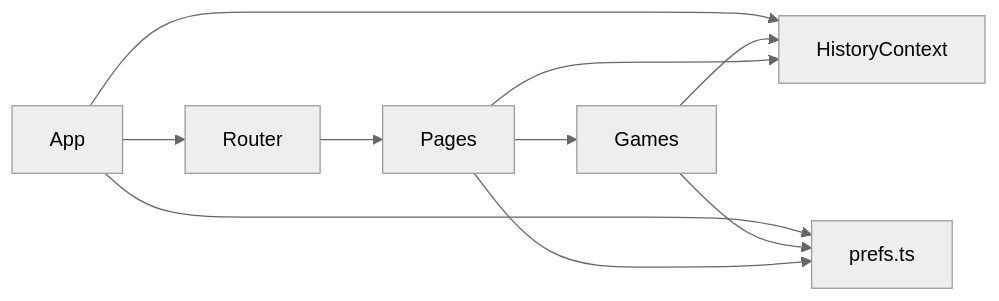
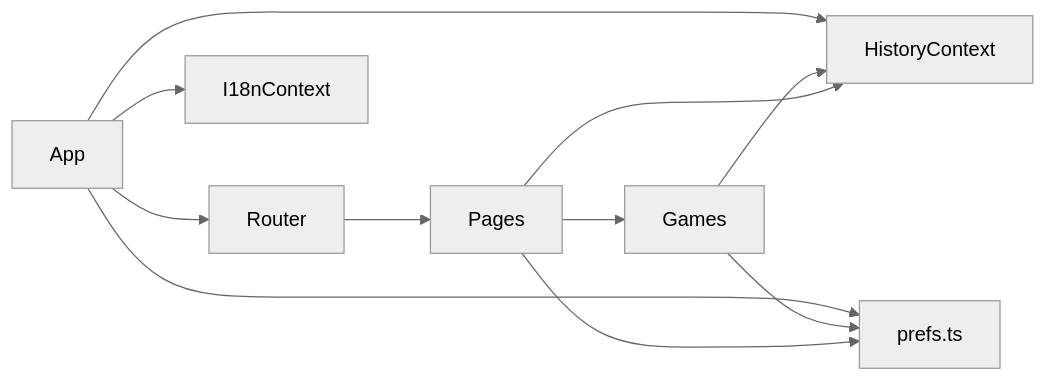
The diagram in docs/DEVELOPMENT_GUIDE.md (aezizhu/reaction-trainer), drawn with Mermaid (neutral theme) before and after one commit. The commit also changed other lines of this file and 21 other files, not shown here.

````diff
--- a/docs/DEVELOPMENT_GUIDE.md
+++ b/docs/DEVELOPMENT_GUIDE.md
@@ -79,11 +60,12 @@
 ```mermaid
 flowchart LR
   App --> Router --> Pages
   Pages --> Games
   App --> Ctx[HistoryContext]
+  App --> I18n[I18nContext]
   App --> Prefs[prefs.ts]
   Games --> Ctx
   Games --> Prefs
   Pages --> Ctx
   Pages --> Prefs
 ```
````
